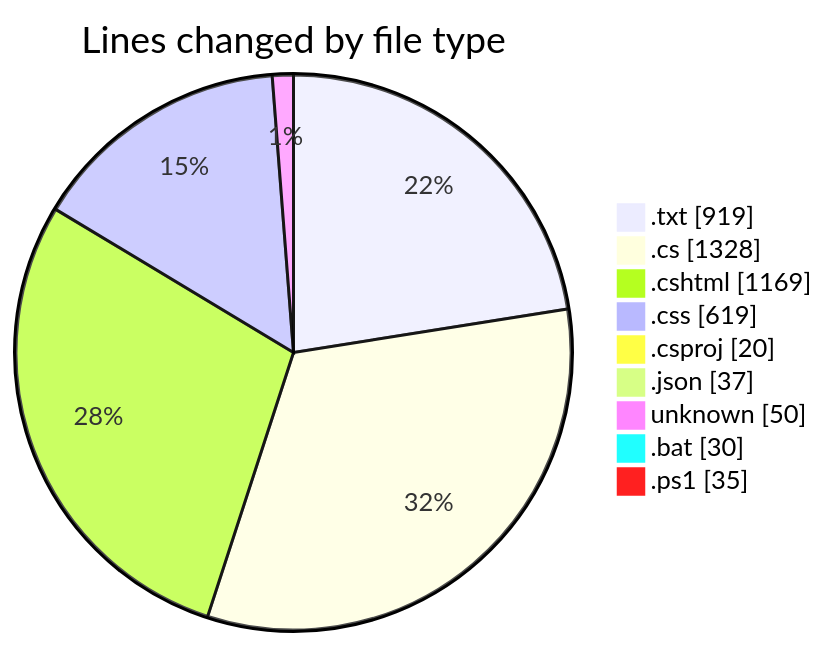
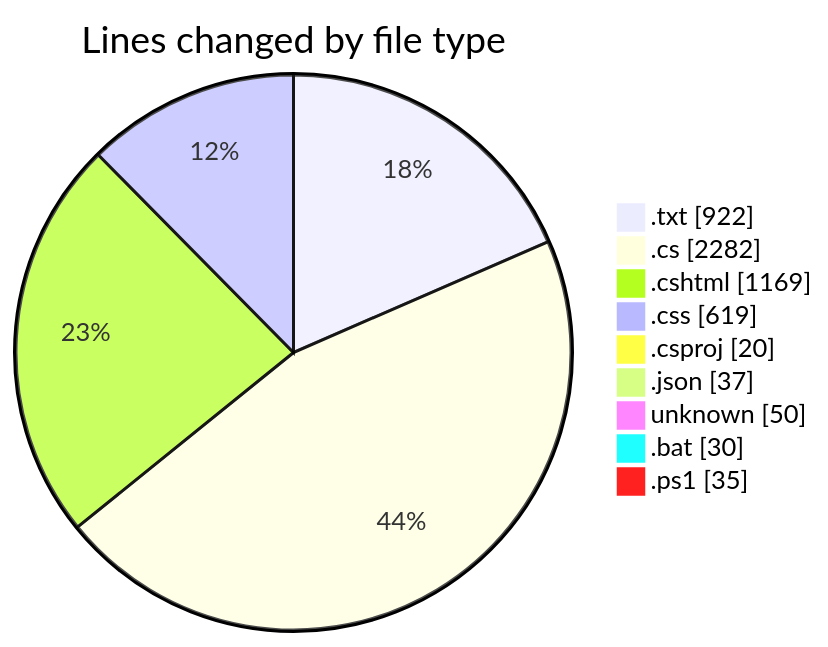
One commit to lephambinh05/code-tracking changed the first of 2 diagrams in 2025-07-26/quanlyrapchieuphim-1/README.md. Above: the diagram before and after it, drawn with Mermaid. The commit also changed other lines of this file and 1 other file, not shown here.

````diff
--- a/2025-07-26/quanlyrapchieuphim-1/README.md
+++ b/2025-07-26/quanlyrapchieuphim-1/README.md
@@ -36,13 +36,13 @@
 ```mermaid
 pie showData
 title Lines changed by file type
-".txt" : 919
-".cs" : 1328
+".txt" : 922
+".cs" : 2282
 ".cshtml" : 1169
 ".css" : 619
 ".csproj" : 20
 ".json" : 37
 "unknown" : 50
 ".bat" : 30
 ".ps1" : 35
 ```
````
